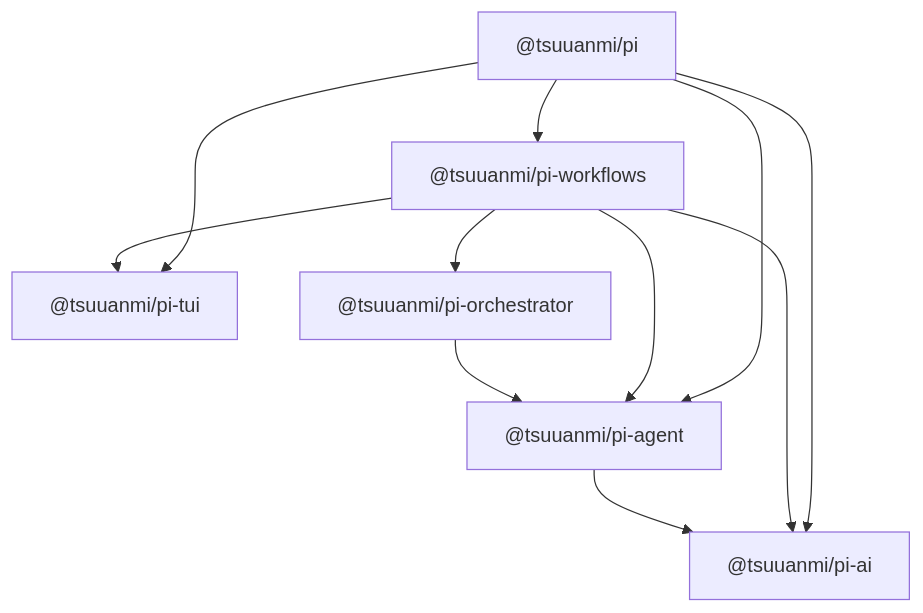
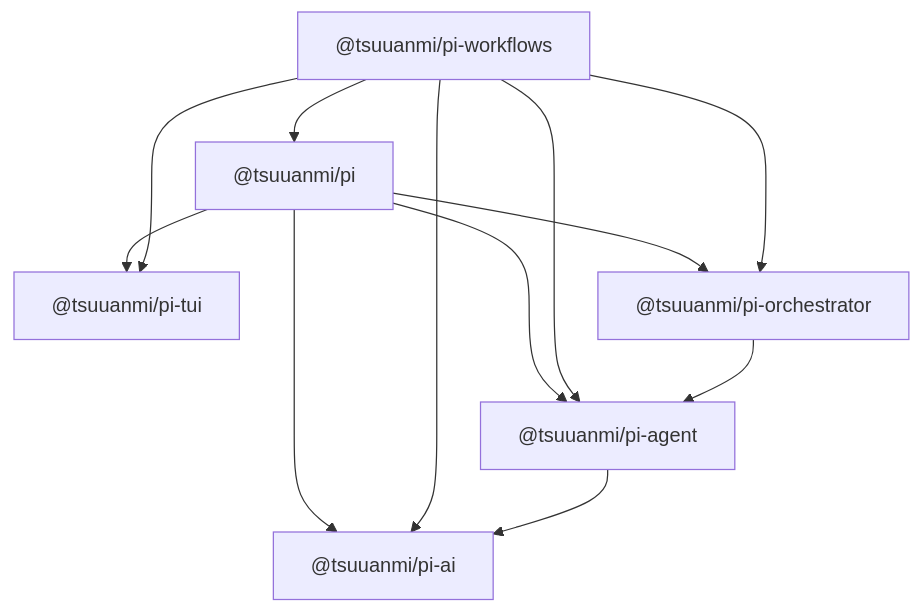
One commit to tsuuanmi/pi changed the diagram in docs/architecture/package-boundaries.md. Above: the diagram before and after it, drawn with Mermaid. The commit also changed other lines of this file and 62 other files, not shown here.

````diff
--- a/docs/architecture/package-boundaries.md
+++ b/docs/architecture/package-boundaries.md
@@ -22,20 +22,21 @@
 ```mermaid
 flowchart TD
   pi["@tsuuanmi/pi"]
   workflows["@tsuuanmi/pi-workflows"]
   tui["@tsuuanmi/pi-tui"]
   orchestrator["@tsuuanmi/pi-orchestrator"]
   agent["@tsuuanmi/pi-agent"]
   ai["@tsuuanmi/pi-ai"]
 
   pi --> ai
   pi --> agent
   pi --> tui
-  pi --> workflows
+  pi --> orchestrator
   workflows --> ai
   workflows --> agent
   workflows --> orchestrator
   workflows --> tui
+  workflows --> pi
   orchestrator --> agent
   agent --> ai
 ```
````
